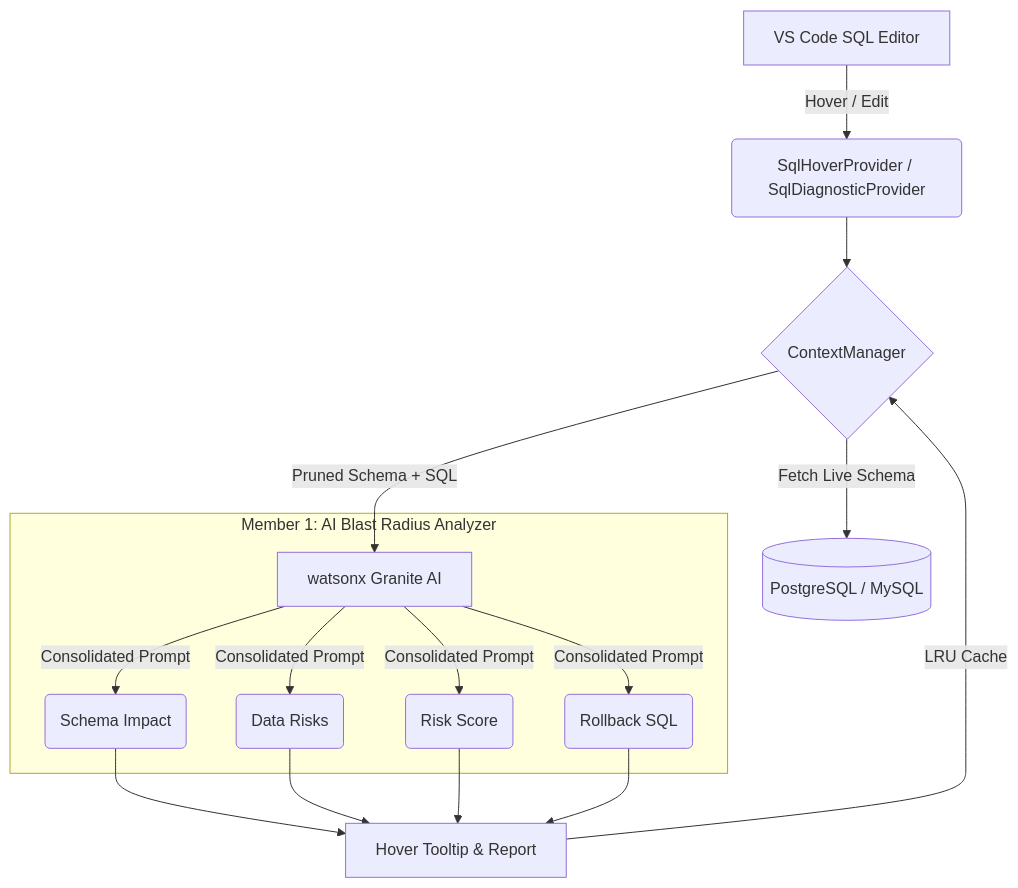
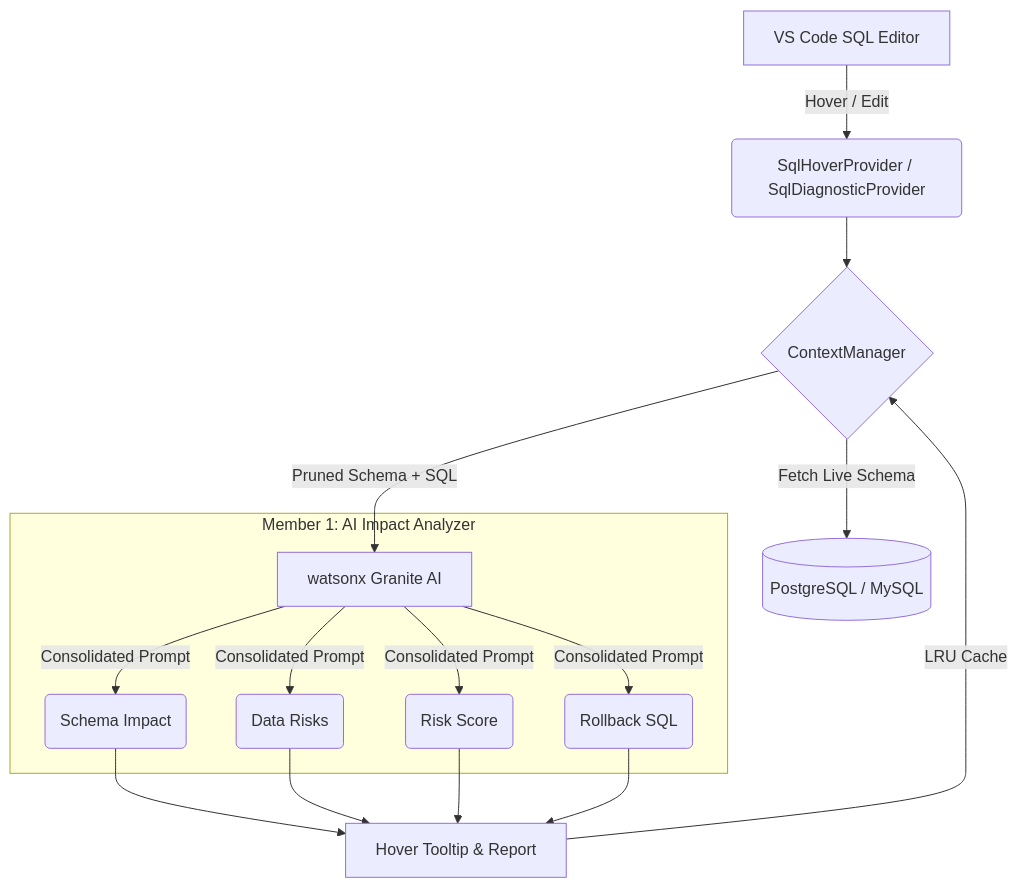
The diagram in README.md (Tahmid2K22/DB-Scope), drawn with Mermaid before and after one commit. The commit also changed other lines of this file and 1132 other files, not shown here.

````diff
--- a/README.md
+++ b/README.md
@@ -44,22 +44,22 @@
 ```mermaid
 graph TD
     A[VS Code SQL Editor] -->|Hover / Edit| B(SqlHoverProvider / SqlDiagnosticProvider)
     B --> C{ContextManager}
     C -->|Fetch Live Schema| D[(PostgreSQL / MySQL)]
     
     C -->|Pruned Schema + SQL| E[watsonx Granite AI]
     
-    subgraph M1 [Member 1: AI Blast Radius Analyzer]
+    subgraph M1 [Member 1: AI Impact Analyzer]
     E -->|Consolidated Prompt| F(Schema Impact)
     E -->|Consolidated Prompt| G(Data Risks)
     E -->|Consolidated Prompt| H(Risk Score)
     E -->|Consolidated Prompt| I(Rollback SQL)
     end
     
     F --> J[Hover Tooltip & Report]
     G --> J
     H --> J
     I --> J
     
     J -->|LRU Cache| C
 ```
````
